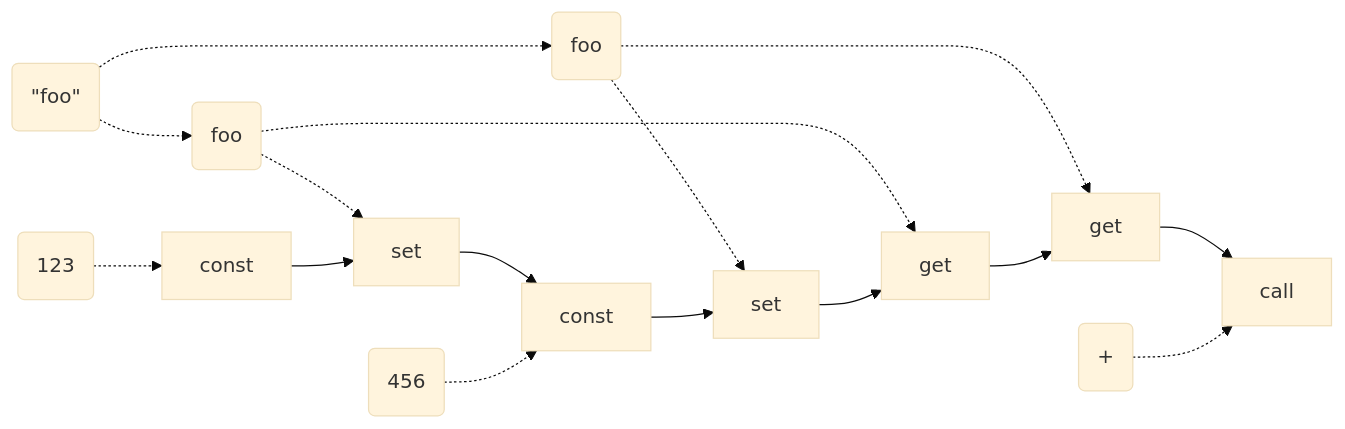
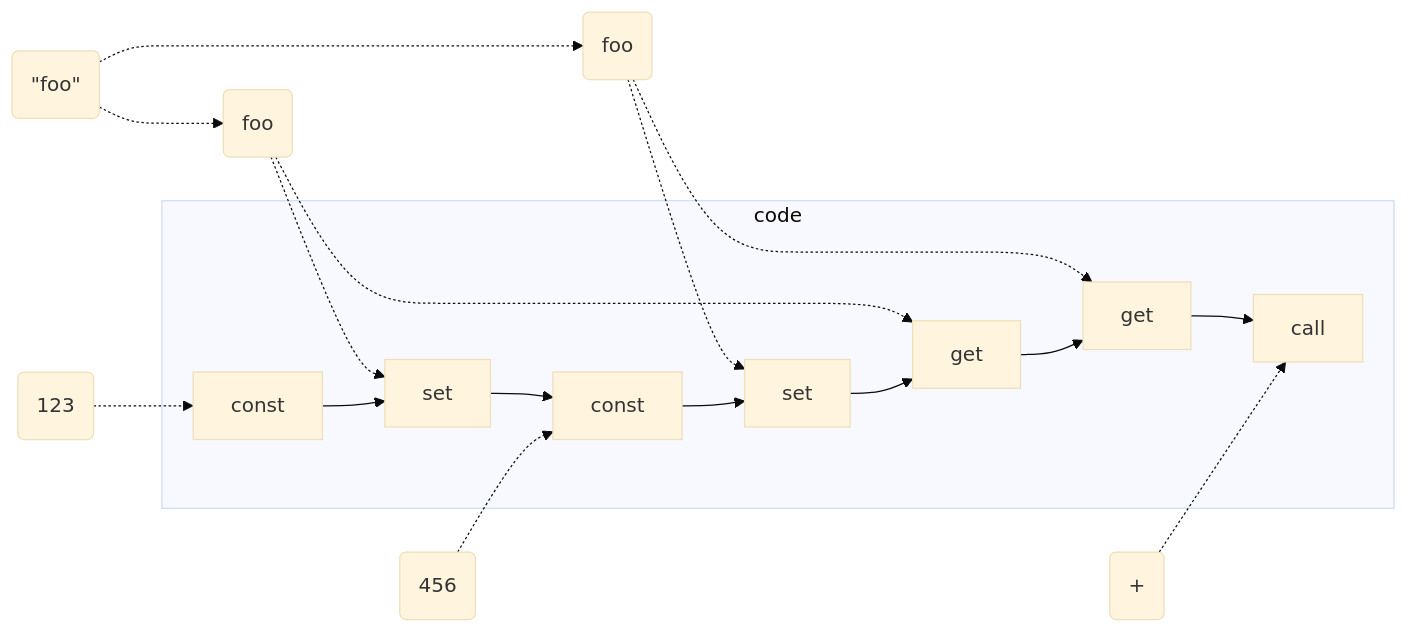
Before and after one commit to raviqqe/doc: the diagram in slides/papers/stak-scheme/library-system.mmd, drawn with Mermaid (base theme).

```diff
--- a/slides/papers/stak-scheme/library-system.mmd
+++ b/slides/papers/stak-scheme/library-system.mmd
@@ -1,13 +1,17 @@
 flowchart LR
   d2(#quot;foo#quot;) -.-> d3
   d2 -.-> d4
   d3(foo) -.-> c1
   d3 -.-> c4
   d4(foo) -.-> c3
   d4 -.-> c5
-  c0[const] --> c1[set] --> c2
-  c2[const] --> c3[set] --> c4
-  c4[get] --> c5[get] --> c6[call]
+
+  subgraph code
+    c0[const] --> c1[set] --> c2
+    c2[const] --> c3[set] --> c4
+    c4[get] --> c5[get] --> c6[call]
+  end
+
   d0(123) -.-> c0
   d1(456) -.-> c2
   d5(+) -.-> c6
```
